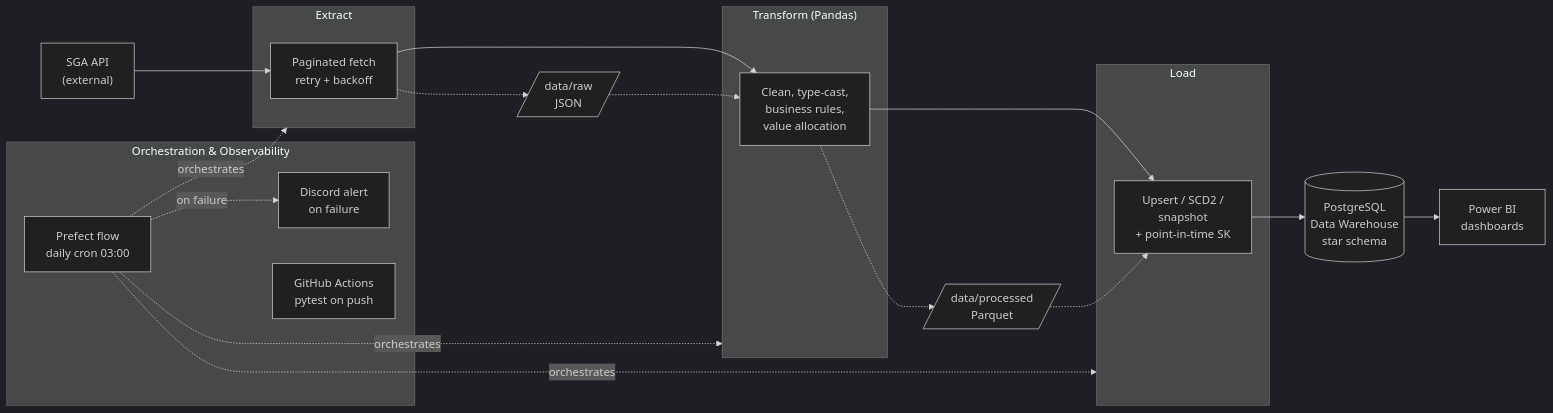
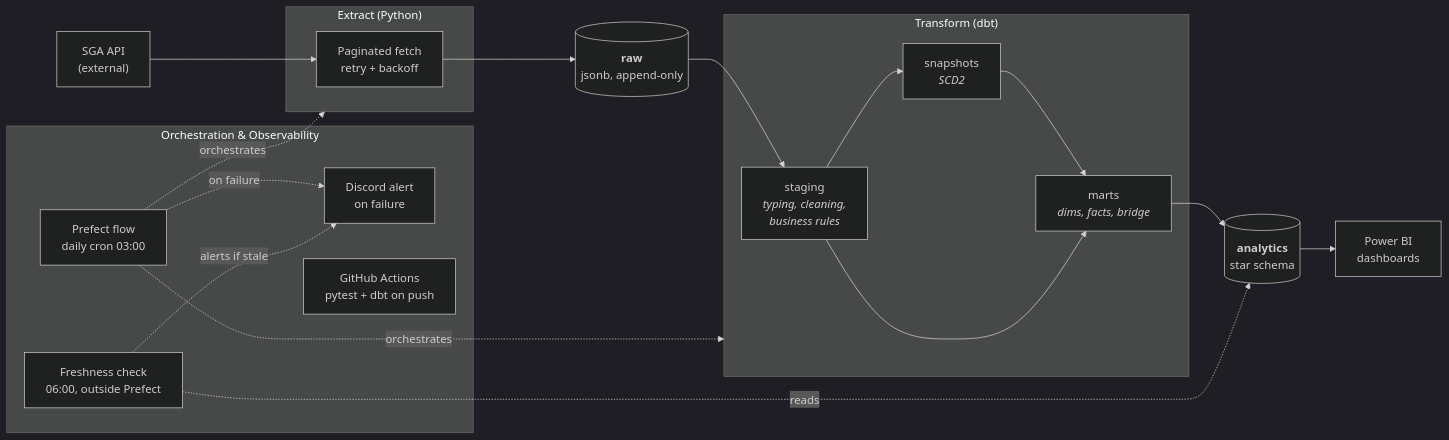
The first of 2 diagrams in README.md (AntonioAugustoF/sga-api-pipeline), drawn with Mermaid (dark theme) before and after one commit. The commit also changed other lines of this file and 78 other files, not shown here.

````diff
--- a/README.md
+++ b/README.md
@@ -24,37 +29,37 @@
 ```mermaid
 flowchart LR
     API["SGA API<br/>(external)"]
 
-    subgraph Extract["Extract"]
+    subgraph Extract["Extract (Python)"]
         EX["Paginated fetch<br/>retry + backoff"]
     end
 
-    subgraph Transform["Transform (Pandas)"]
-        TR["Clean, type-cast,<br/>business rules,<br/>value allocation"]
+    RAW[("<b>raw</b><br/>jsonb, append-only")]
+
+    subgraph DBT["Transform (dbt)"]
+        STG["staging<br/><i>typing, cleaning,<br/>business rules</i>"]
+        SNAP["snapshots<br/><i>SCD2</i>"]
+        MART["marts<br/><i>dims, facts, bridge</i>"]
+        STG --> SNAP --> MART
+        STG --> MART
     end
 
-    subgraph Load["Load"]
-        LD["Upsert / SCD2 /<br/>snapshot<br/>+ point-in-time SK"]
-    end
-
-    DW[("PostgreSQL<br/>Data Warehouse<br/>star schema")]
+    ANA[("<b>analytics</b><br/>star schema")]
     BI["Power BI<br/>dashboards"]
 
-    API --> EX --> TR --> LD --> DW --> BI
-
-    RAW[/"data/raw<br/>JSON"/]
-    PROC[/"data/processed<br/>Parquet"/]
-    EX -.-> RAW -.-> TR
-    TR -.-> PROC -.-> LD
+    API --> EX --> RAW --> STG
+    MART --> ANA --> BI
 
     subgraph Ops["Orchestration & Observability"]
         PF["Prefect flow<br/>daily cron 03:00"]
         AL["Discord alert<br/>on failure"]
-        CI["GitHub Actions<br/>pytest on push"]
+        FR["Freshness check<br/>06:00, outside Prefect"]
+        CI["GitHub Actions<br/>pytest + dbt on push"]
     end
 
     PF -. orchestrates .-> Extract
-    PF -. orchestrates .-> Transform
-    PF -. orchestrates .-> Load
+    PF -. orchestrates .-> DBT
     PF -. on failure .-> AL
+    FR -. reads .-> ANA
+    FR -. alerts if stale .-> AL
 ```
````
